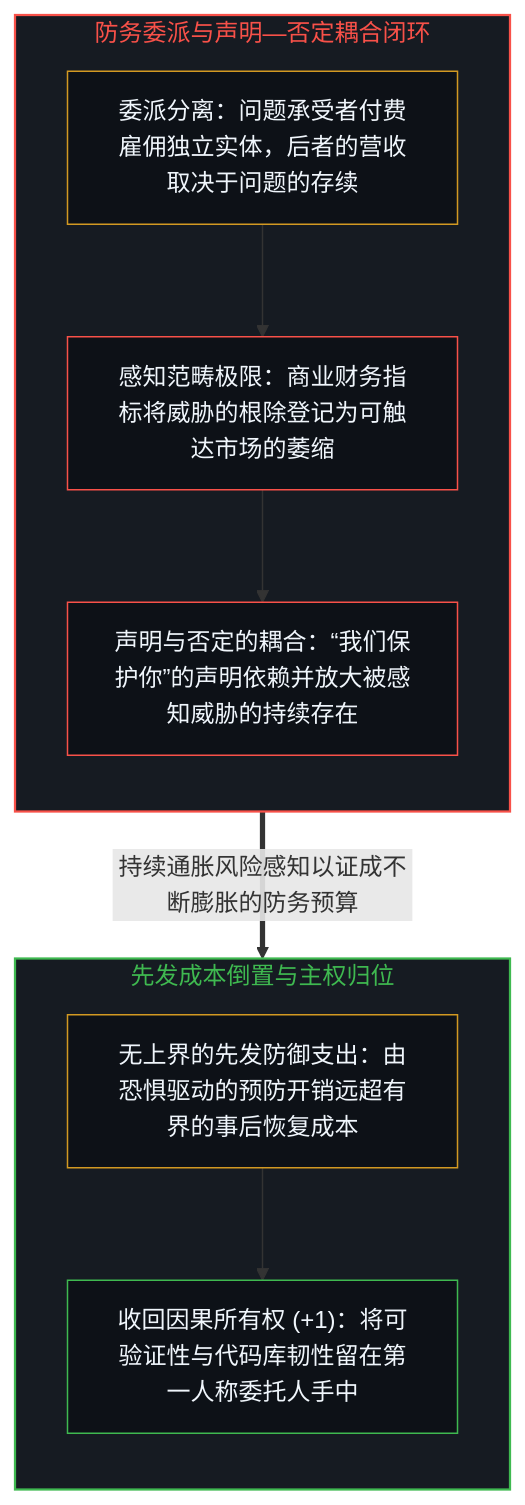
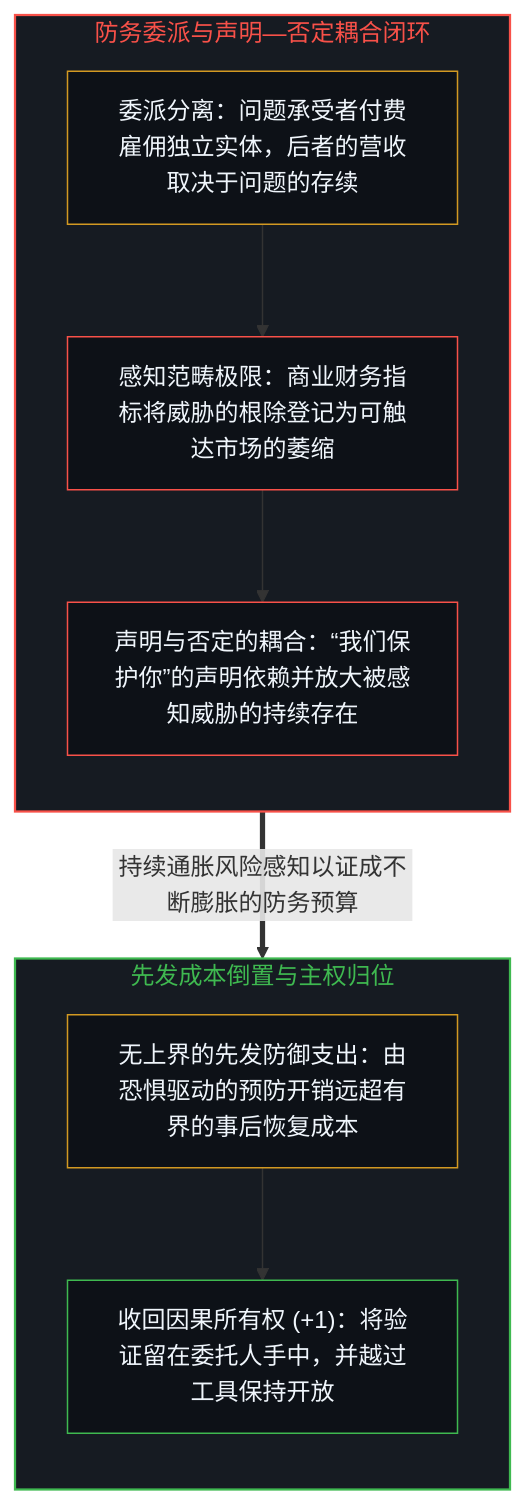
One commit to powerpig99/not-a-toe changed the first of 2 diagrams in content/posts/cybersecurity-arms-race.md. Above: the diagram before and after it, drawn with Mermaid. The commit also changed other lines of this file and 1 other file, not shown here.

````diff
--- a/content/posts/cybersecurity-arms-race.md
+++ b/content/posts/cybersecurity-arms-race.md
@@ -17,24 +17,24 @@
 ```mermaid
 flowchart TD
     subgraph S_Loop["防务委派与声明—否定耦合闭环"]
         direction TB
         Delegate["委派分离：问题承受者付费雇佣独立实体，后者的营收取决于问题的存续"]
         Blind["感知范畴极限：商业财务指标将威胁的根除登记为可触达市场的萎缩"]
         Couple["声明与否定的耦合：“我们保护你”的声明依赖并放大被感知威胁的持续存在"]
         Delegate --> Blind --> Couple
     end
     subgraph S_Invert["先发成本倒置与主权归位"]
         direction TB
         Preempt["无上界的先发防御支出：由恐惧驱动的预防开销远超有界的事后恢复成本"]
-        Direct["收回因果所有权 (+1)：将可验证性与代码库韧性留在第一人称委托人手中"]
+        Direct["收回因果所有权 (+1)：将验证留在委托人手中，并越过工具保持开放"]
         Preempt --> Direct
     end
     Couple ==>|"持续通胀风险感知以证成不断膨胀的防务预算"| Preempt
     style S_Loop fill:#161b22,stroke:#f85149,stroke-width:1.5px,color:#f85149
     style S_Invert fill:#161b22,stroke:#3fb950,stroke-width:1.5px,color:#3fb950
     style Delegate fill:#0d1117,stroke:#d29922,stroke-width:1px,color:#f0f6fc
     style Blind fill:#0d1117,stroke:#f85149,stroke-width:1px,color:#f0f6fc
     style Couple fill:#0d1117,stroke:#f85149,stroke-width:1px,color:#f0f6fc
     style Preempt fill:#0d1117,stroke:#d29922,stroke-width:1px,color:#f0f6fc
     style Direct fill:#0d1117,stroke:#3fb950,stroke-width:1px,color:#f0f6fc
 ```
````
